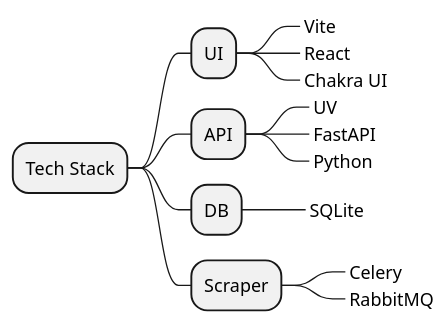
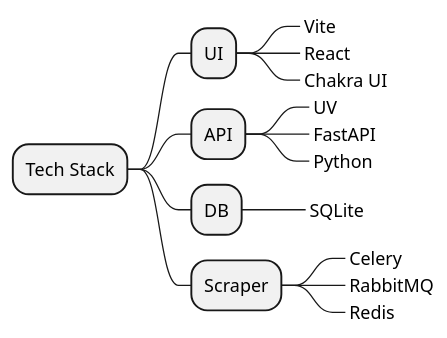
The diagram in plantuml/src/tech-stack.plantuml (tejas0908/EasyScraper), drawn with PlantUML before and after one commit. The commit also changed 1 other file, not shown here.

Commit message:
updated plantuml diagram

```diff
--- a/plantuml/src/tech-stack.plantuml
+++ b/plantuml/src/tech-stack.plantuml
@@ -1,16 +1,17 @@
 @startmindmap
 * Tech Stack
 ** UI
 ***_ Vite
 ***_ React
 ***_ Chakra UI
 ** API
 ***_ UV
 ***_ FastAPI
 ***_ Python
 ** DB
 ***_ SQLite
 ** Scraper
 ***_ Celery
 ***_ RabbitMQ
+***_ Redis
 @endmindmap
```
